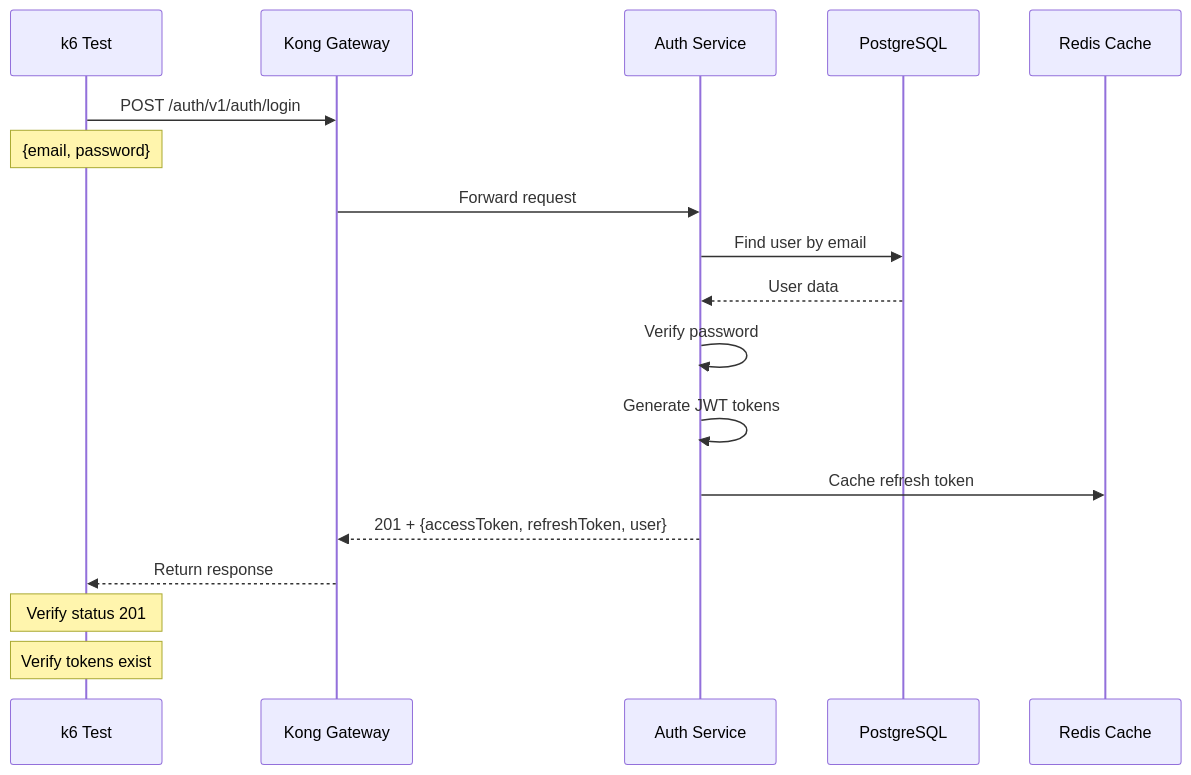
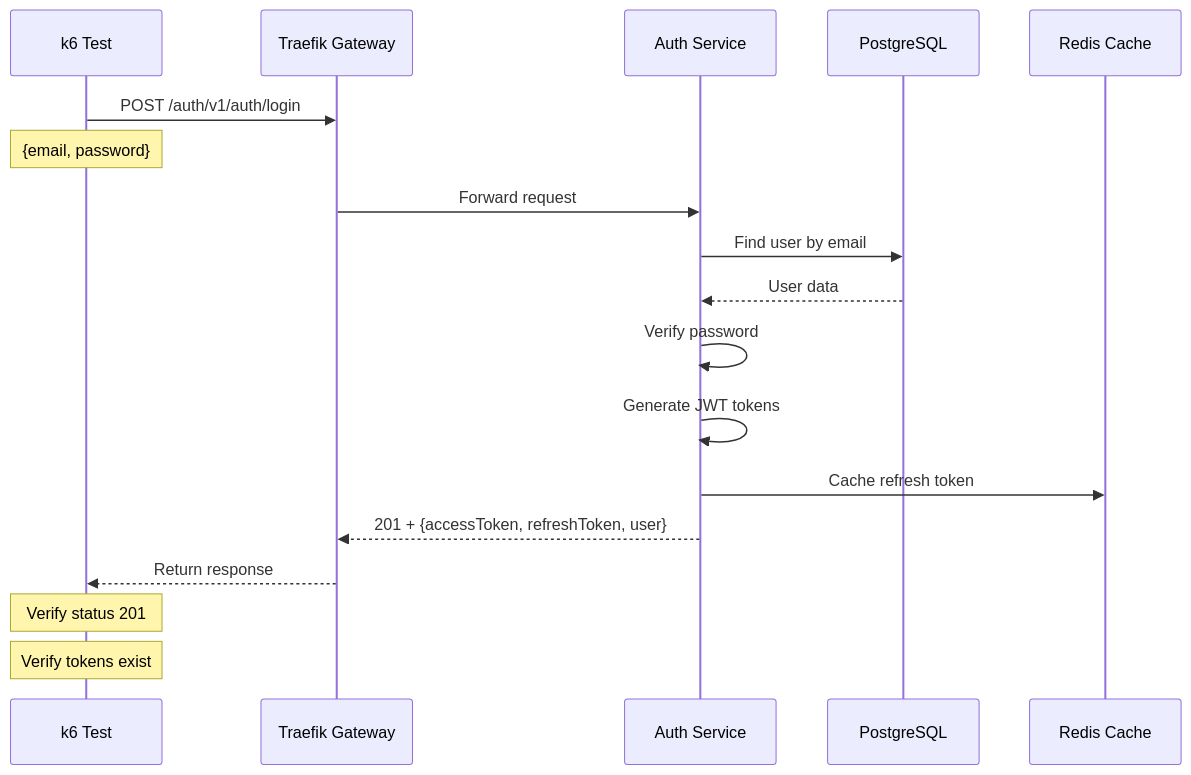
One commit to tinhthanh/nestjs-microservices changed the diagram in k6-tests/src/services/auth/test-login.md. Above: the diagram before and after it, drawn with Mermaid. The commit also changed 47 other files, not shown here.

````diff
--- a/k6-tests/src/services/auth/test-login.md
+++ b/k6-tests/src/services/auth/test-login.md
@@ -5,22 +5,22 @@
 ```mermaid
 sequenceDiagram
     participant K6 as k6 Test
-    participant Kong as Kong Gateway
+    participant Traefik as Traefik Gateway
     participant Auth as Auth Service
     participant DB as PostgreSQL
     participant Redis as Redis Cache
 
-    K6->>Kong: POST /auth/v1/auth/login
+    K6->>Traefik: POST /auth/v1/auth/login
     Note over K6: {email, password}
-    Kong->>Auth: Forward request
+    Traefik->>Auth: Forward request
     Auth->>DB: Find user by email
     DB-->>Auth: User data
     Auth->>Auth: Verify password
     Auth->>Auth: Generate JWT tokens
     Auth->>Redis: Cache refresh token
-    Auth-->>Kong: 201 + {accessToken, refreshToken, user}
-    Kong-->>K6: Return response
+    Auth-->>Traefik: 201 + {accessToken, refreshToken, user}
+    Traefik-->>K6: Return response
     
     Note over K6: Verify status 201
     Note over K6: Verify tokens exist
 ```
````
